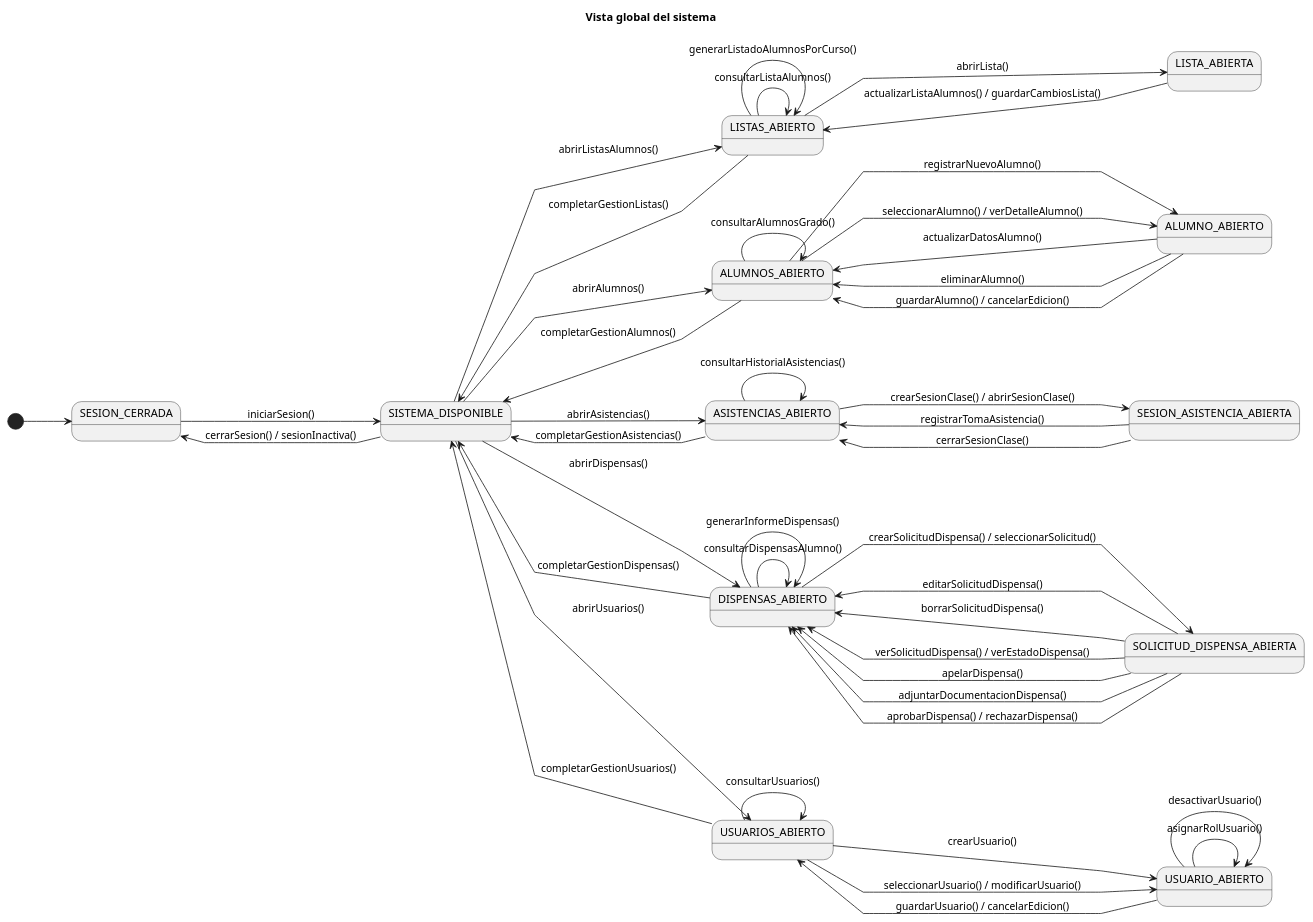
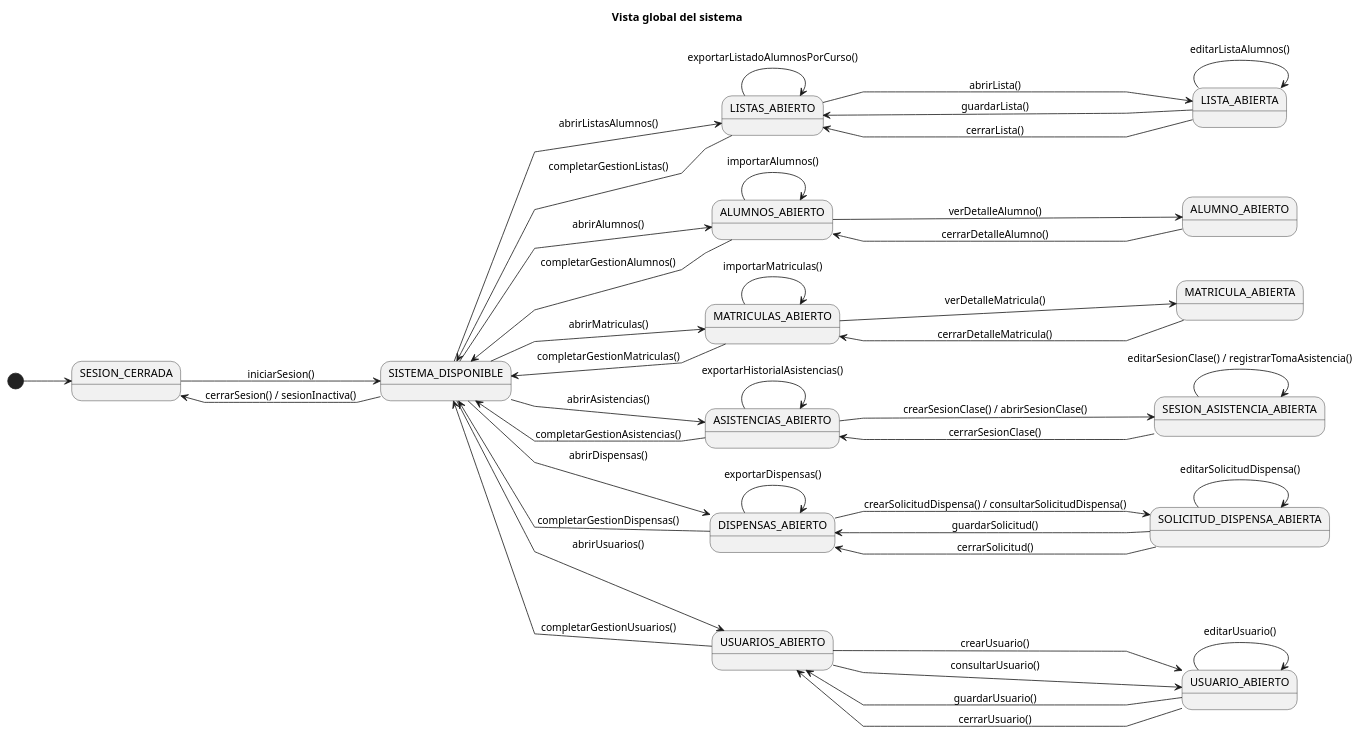
One commit to enmabry/25-26-IdSw1-SdR changed the diagram in documents/CasosDeUso/DiagramaDeContexto/DiagramaDeContexto.puml. Above: the diagram before and after it, drawn with PlantUML. The commit also changed 1 other file, not shown here.

```diff
--- a/documents/CasosDeUso/DiagramaDeContexto/DiagramaDeContexto.puml
+++ b/documents/CasosDeUso/DiagramaDeContexto/DiagramaDeContexto.puml
@@ -1,96 +1,83 @@
 @startuml DiagramaDeContexto
 title Vista global del sistema
 left to right direction
 skinparam linetype polyline
 
 [*] --> SESION_CERRADA
 
 SESION_CERRADA --> SISTEMA_DISPONIBLE : iniciarSesion()
 SISTEMA_DISPONIBLE --> SESION_CERRADA : cerrarSesion() / sesionInactiva()
 
 '==========================================
 '  MÓDULO LISTAS DE ALUMNOS
 '==========================================
 SISTEMA_DISPONIBLE --> LISTAS_ABIERTO : abrirListasAlumnos()
-
 LISTAS_ABIERTO --> SISTEMA_DISPONIBLE : completarGestionListas()
 
-' Casos de uso relacionados con listas
-LISTAS_ABIERTO --> LISTAS_ABIERTO : consultarListaAlumnos()
-LISTAS_ABIERTO --> LISTAS_ABIERTO : generarListadoAlumnosPorCurso()
+LISTAS_ABIERTO --> LISTA_ABIERTA : abrirLista()
+LISTAS_ABIERTO --> LISTAS_ABIERTO : exportarListadoAlumnosPorCurso()
 
-LISTAS_ABIERTO --> LISTA_ABIERTA   : abrirLista()
-LISTA_ABIERTA --> LISTAS_ABIERTO   : actualizarListaAlumnos() / guardarCambiosLista()
+LISTA_ABIERTA --> LISTA_ABIERTA  : editarListaAlumnos()
+LISTA_ABIERTA --> LISTAS_ABIERTO : guardarLista()
+LISTA_ABIERTA --> LISTAS_ABIERTO : cerrarLista()
 
 '==========================================
-'  MÓDULO ALUMNOS
+'  MÓDULO ALUMNOS (solo importación y consulta)
 '==========================================
 SISTEMA_DISPONIBLE --> ALUMNOS_ABIERTO : abrirAlumnos()
-
 ALUMNOS_ABIERTO --> SISTEMA_DISPONIBLE : completarGestionAlumnos()
 
-' Casos de uso de alumnos
-ALUMNOS_ABIERTO --> ALUMNO_ABIERTO  : registrarNuevoAlumno()
-ALUMNOS_ABIERTO --> ALUMNOS_ABIERTO : consultarAlumnosGrado()
-ALUMNOS_ABIERTO --> ALUMNO_ABIERTO  : seleccionarAlumno() / verDetalleAlumno()
+ALUMNOS_ABIERTO --> ALUMNOS_ABIERTO : importarAlumnos()
+ALUMNOS_ABIERTO --> ALUMNO_ABIERTO : verDetalleAlumno()
 
-' Trabajando sobre la ficha de un alumno concreto
-ALUMNO_ABIERTO --> ALUMNOS_ABIERTO  : actualizarDatosAlumno()
-ALUMNO_ABIERTO --> ALUMNOS_ABIERTO  : eliminarAlumno()
-ALUMNO_ABIERTO --> ALUMNOS_ABIERTO  : guardarAlumno() / cancelarEdicion()
+ALUMNO_ABIERTO --> ALUMNOS_ABIERTO : cerrarDetalleAlumno()
+
+'==========================================
+'  MÓDULO MATRÍCULAS (solo importación y consulta)
+'==========================================
+SISTEMA_DISPONIBLE --> MATRICULAS_ABIERTO : abrirMatriculas()
+MATRICULAS_ABIERTO --> SISTEMA_DISPONIBLE : completarGestionMatriculas()
+
+MATRICULAS_ABIERTO --> MATRICULAS_ABIERTO : importarMatriculas()
+MATRICULAS_ABIERTO --> MATRICULA_ABIERTA : verDetalleMatricula()
+
+MATRICULA_ABIERTA --> MATRICULAS_ABIERTO : cerrarDetalleMatricula()
 
 '==========================================
 '  MÓDULO ASISTENCIAS
 '==========================================
 SISTEMA_DISPONIBLE --> ASISTENCIAS_ABIERTO : abrirAsistencias()
-
 ASISTENCIAS_ABIERTO --> SISTEMA_DISPONIBLE : completarGestionAsistencias()
 
-ASISTENCIAS_ABIERTO --> ASISTENCIAS_ABIERTO        : consultarHistorialAsistencias()
+ASISTENCIAS_ABIERTO --> ASISTENCIAS_ABIERTO        : exportarHistorialAsistencias()
 ASISTENCIAS_ABIERTO --> SESION_ASISTENCIA_ABIERTA : crearSesionClase() / abrirSesionClase()
 
-SESION_ASISTENCIA_ABIERTA --> ASISTENCIAS_ABIERTO : registrarTomaAsistencia()
-SESION_ASISTENCIA_ABIERTA --> ASISTENCIAS_ABIERTO : cerrarSesionClase()
+SESION_ASISTENCIA_ABIERTA --> SESION_ASISTENCIA_ABIERTA : editarSesionClase() / registrarTomaAsistencia()
+SESION_ASISTENCIA_ABIERTA --> ASISTENCIAS_ABIERTO      : cerrarSesionClase()
 
 '==========================================
 '  MÓDULO DISPENSAS
 '==========================================
 SISTEMA_DISPONIBLE --> DISPENSAS_ABIERTO : abrirDispensas()
-
 DISPENSAS_ABIERTO --> SISTEMA_DISPONIBLE : completarGestionDispensas()
 
-' Acciones típicas del Alumno sobre su solicitud
-DISPENSAS_ABIERTO --> SOLICITUD_DISPENSA_ABIERTA : crearSolicitudDispensa() / seleccionarSolicitud()
+DISPENSAS_ABIERTO --> SOLICITUD_DISPENSA_ABIERTA : crearSolicitudDispensa() / consultarSolicitudDispensa()
+DISPENSAS_ABIERTO --> DISPENSAS_ABIERTO         : exportarDispensas()
 
-SOLICITUD_DISPENSA_ABIERTA --> DISPENSAS_ABIERTO : editarSolicitudDispensa()
-SOLICITUD_DISPENSA_ABIERTA --> DISPENSAS_ABIERTO : borrarSolicitudDispensa()
-SOLICITUD_DISPENSA_ABIERTA --> DISPENSAS_ABIERTO : verSolicitudDispensa() / verEstadoDispensa()
-SOLICITUD_DISPENSA_ABIERTA --> DISPENSAS_ABIERTO : apelarDispensa()
-
-' Acciones de Secretaría / Director sobre la dispensa
-DISPENSAS_ABIERTO --> DISPENSAS_ABIERTO : consultarDispensasAlumno()
-DISPENSAS_ABIERTO --> DISPENSAS_ABIERTO : generarInformeDispensas()
-
-SOLICITUD_DISPENSA_ABIERTA --> DISPENSAS_ABIERTO : adjuntarDocumentacionDispensa()
-SOLICITUD_DISPENSA_ABIERTA --> DISPENSAS_ABIERTO : aprobarDispensa() / rechazarDispensa()
+SOLICITUD_DISPENSA_ABIERTA --> SOLICITUD_DISPENSA_ABIERTA : editarSolicitudDispensa()
+SOLICITUD_DISPENSA_ABIERTA --> DISPENSAS_ABIERTO         : guardarSolicitud()
+SOLICITUD_DISPENSA_ABIERTA --> DISPENSAS_ABIERTO         : cerrarSolicitud()
 
 '==========================================
 '  MÓDULO USUARIOS Y ROLES (ADMINISTRADOR)
 '==========================================
 SISTEMA_DISPONIBLE --> USUARIOS_ABIERTO : abrirUsuarios()
-
 USUARIOS_ABIERTO --> SISTEMA_DISPONIBLE : completarGestionUsuarios()
 
-' listado / consultas generales
-USUARIOS_ABIERTO --> USUARIOS_ABIERTO : consultarUsuarios()
+USUARIOS_ABIERTO --> USUARIO_ABIERTO : crearUsuario()
+USUARIOS_ABIERTO --> USUARIO_ABIERTO : consultarUsuario()
 
-' crear o editar un usuario concreto
-USUARIOS_ABIERTO --> USUARIO_ABIERTO  : crearUsuario()
-USUARIOS_ABIERTO --> USUARIO_ABIERTO  : seleccionarUsuario() / modificarUsuario()
-
-' dentro de la ficha de usuario
-USUARIO_ABIERTO --> USUARIO_ABIERTO   : asignarRolUsuario()
-USUARIO_ABIERTO --> USUARIO_ABIERTO   : desactivarUsuario()
-USUARIO_ABIERTO --> USUARIOS_ABIERTO  : guardarUsuario() / cancelarEdicion()
-
+USUARIO_ABIERTO --> USUARIO_ABIERTO   : editarUsuario()
+USUARIO_ABIERTO --> USUARIOS_ABIERTO  : guardarUsuario()
+USUARIO_ABIERTO --> USUARIOS_ABIERTO  : cerrarUsuario()
 @enduml
```
